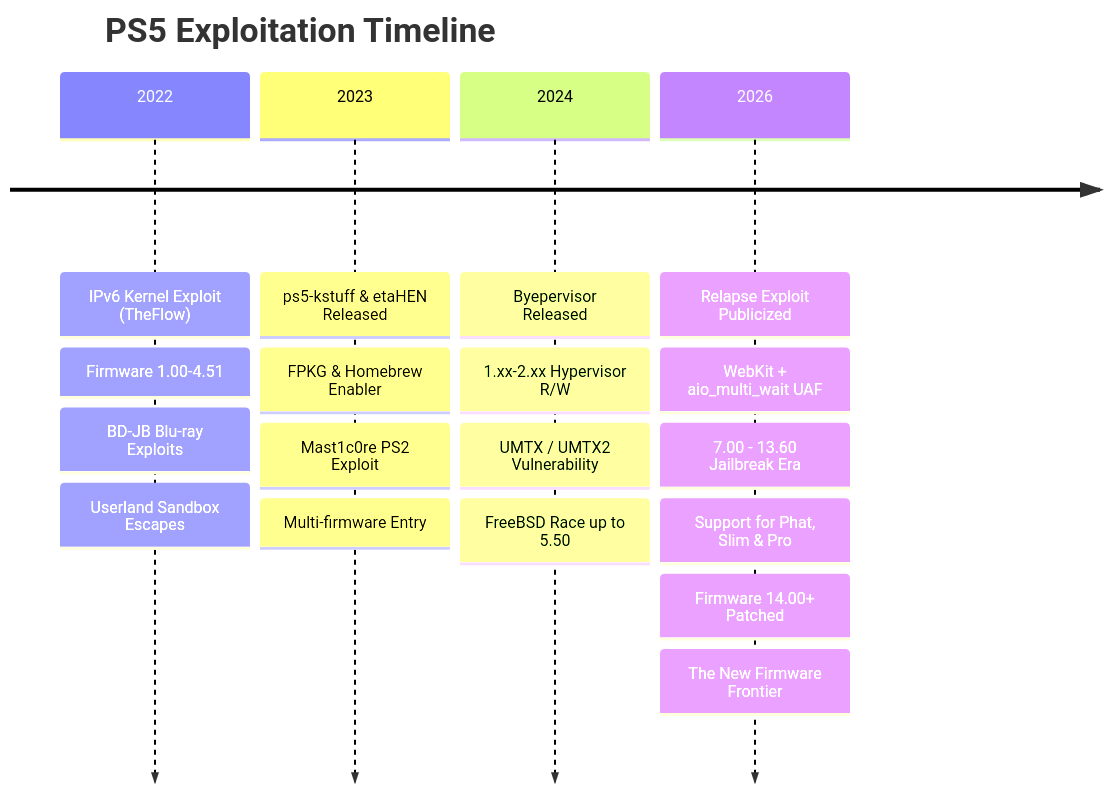
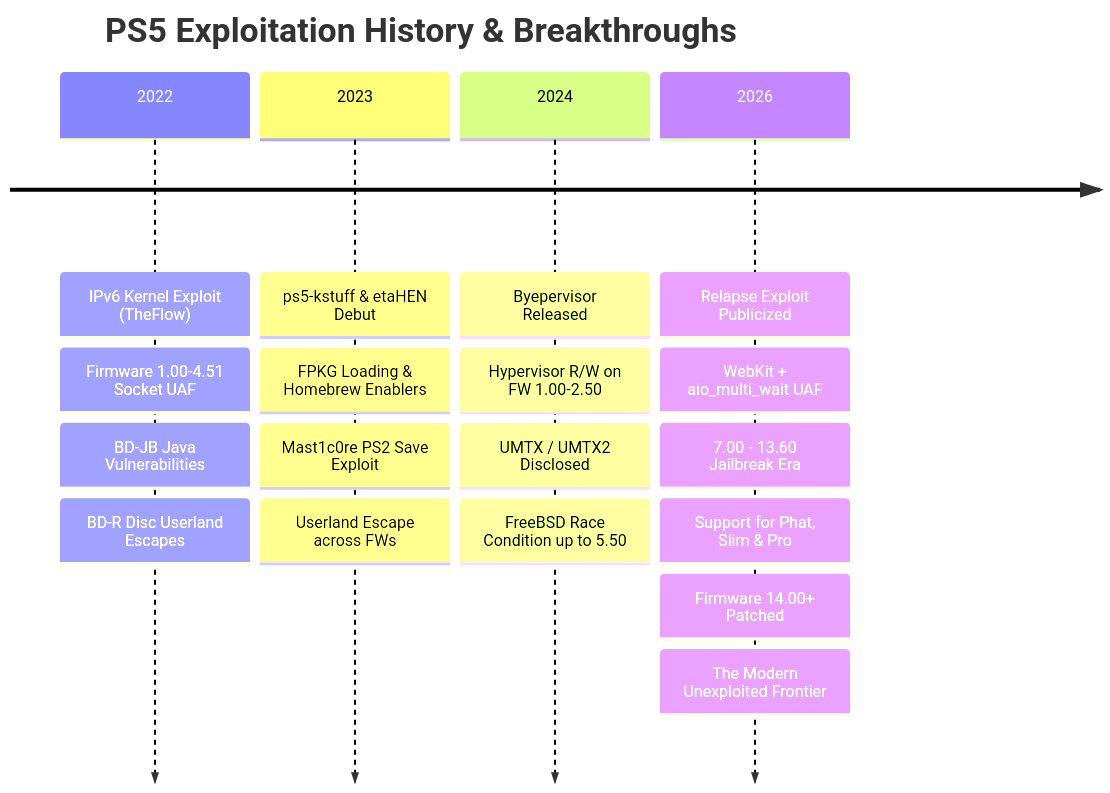
One commit to alonsojr1980/ps5-jailbreak-compendium changed the first of 4 diagrams in README.MD. Above: the diagram before and after it, drawn with Mermaid. The commit also changed other lines of this file, not shown here.

Commit message:
docs: Expand README with exhaustive payload architecture, injection methods, and ports guide

````diff
--- a/README.MD
+++ b/README.MD
@@ -39,13 +55,13 @@
 ```mermaid
 timeline
-    title PS5 Exploitation Timeline
-    2022 : IPv6 Kernel Exploit (TheFlow) : Firmware 1.00-4.51
-         : BD-JB Blu-ray Exploits : Userland Sandbox Escapes
-    2023 : ps5-kstuff & etaHEN Released : FPKG & Homebrew Enabler
-         : Mast1c0re PS2 Exploit : Multi-firmware Entry
-    2024 : Byepervisor Released : 1.xx-2.xx Hypervisor R/W
-         : UMTX / UMTX2 Vulnerability : FreeBSD Race up to 5.50
+    title PS5 Exploitation History & Breakthroughs
+    2022 : IPv6 Kernel Exploit (TheFlow) : Firmware 1.00-4.51 Socket UAF
+         : BD-JB Java Vulnerabilities : BD-R Disc Userland Escapes
+    2023 : ps5-kstuff & etaHEN Debut : FPKG Loading & Homebrew Enablers
+         : Mast1c0re PS2 Save Exploit : Userland Escape across FWs
+    2024 : Byepervisor Released : Hypervisor R/W on FW 1.00-2.50
+         : UMTX / UMTX2 Disclosed : FreeBSD Race Condition up to 5.50
     2026 : Relapse Exploit Publicized : WebKit + aio_multi_wait UAF
          : 7.00 - 13.60 Jailbreak Era : Support for Phat, Slim & Pro
-         : Firmware 14.00+ Patched : The New Firmware Frontier
+         : Firmware 14.00+ Patched : The Modern Unexploited Frontier
 ```
````
